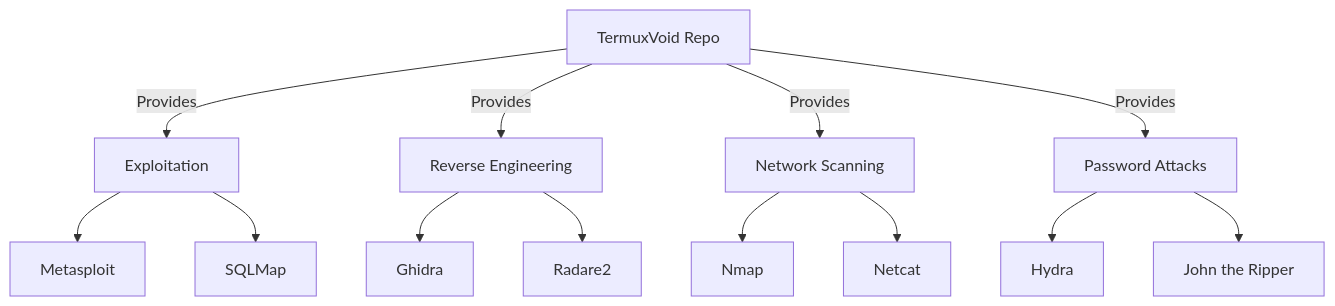
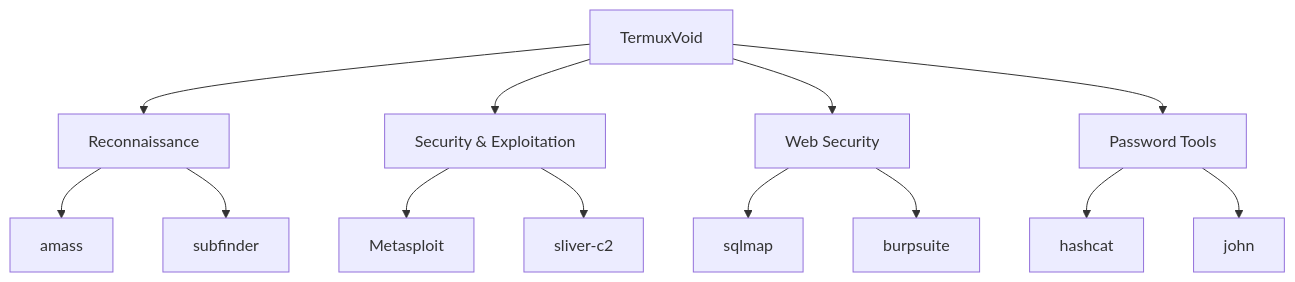
Before and after one commit to termuxvoid/pacman-repo: the diagram in README.md, drawn with Mermaid. The commit also changed other lines of this file and 4 other files, not shown here.

````diff
--- a/README.md
+++ b/README.md
@@ -151,19 +151,15 @@
 ```mermaid
 graph TD
-    A[TermuxVoid Repo] -->|Provides| B[Exploitation]
-    A -->|Provides| C[Reverse Engineering]
-    A -->|Provides| D[Network Scanning]
-    A -->|Provides| E[Password Attacks]
-
-    B --> B1[Metasploit]
-    B --> B2[SQLMap]
-
-    C --> C1[Ghidra]
-    C --> C2[Radare2]
-
-    D --> D1[Nmap]
-    D --> D2[Netcat]
-
-    E --> E1[Hydra]
-    E --> E2[John the Ripper]
+    A[TermuxVoid] --> B[Reconnaissance]
+    A --> C[Security & Exploitation]
+    A --> D[Web Security]
+    A --> E[Password Tools]
+    B --> B1[amass]
+    B --> B2[subfinder]
+    C --> C1[Metasploit]
+    C --> C2[sliver-c2]
+    D --> D1[sqlmap]
+    D --> D2[burpsuite]
+    E --> E1[hashcat]
+    E --> E2[john]
 ```
````
